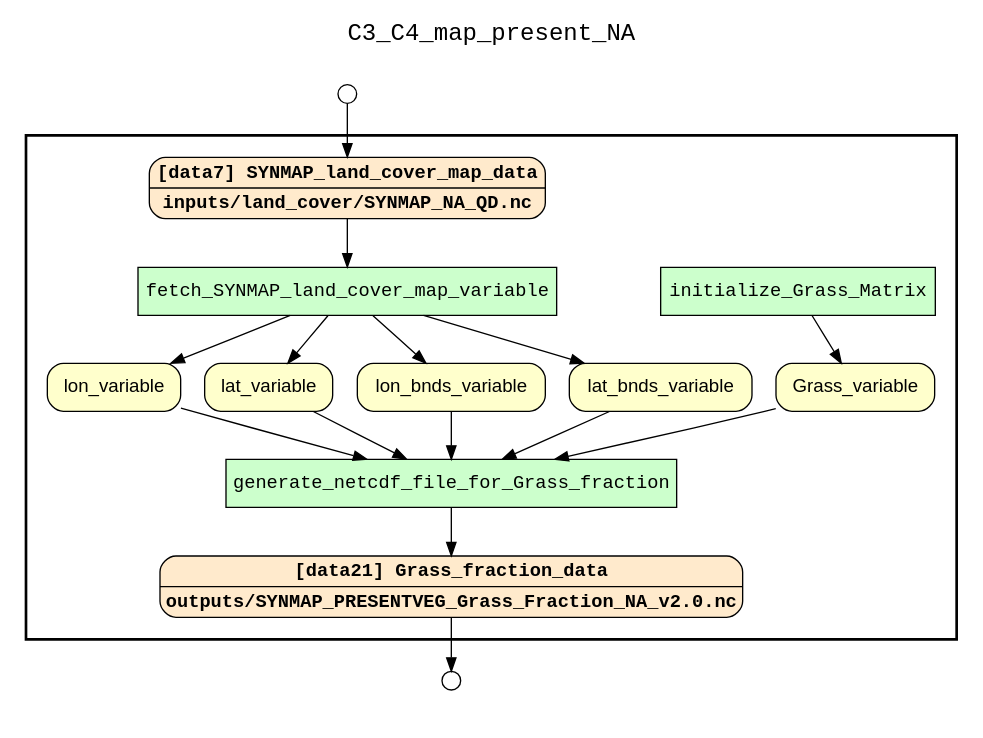
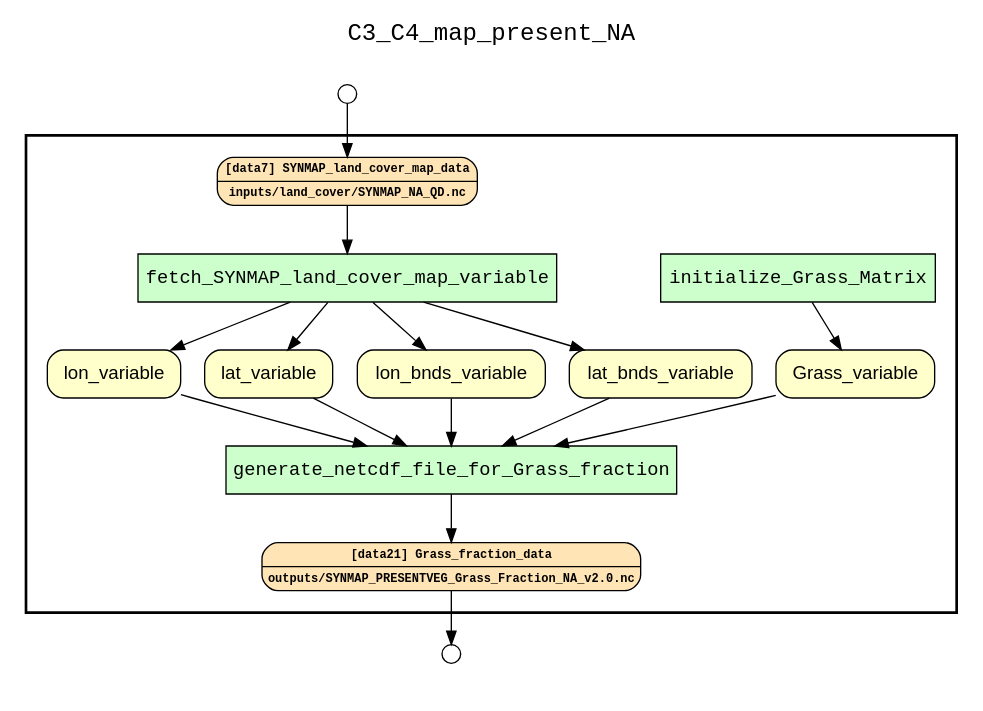
Before and after one commit to idaks/dataone-ahm-2016-poster: the diagram in examples/C3C4/results/wf_recon_upstream_of_Grass_fraction_data.gv, drawn with Graphviz. The commit also changed 4 other files, not shown here.

```diff
--- a/examples/C3C4/results/wf_recon_upstream_of_Grass_fraction_data.gv
+++ b/examples/C3C4/results/wf_recon_upstream_of_Grass_fraction_data.gv
@@ -1,51 +1,49 @@
 
 digraph yw_data_view {
 rankdir=TB
 fontname=Courier; fontsize=18; labelloc=t
 label="C3_C4_map_present_NA"
 subgraph cluster_workflow { label=""; color=black; penwidth=2
 subgraph cluster_workflow_inner { label=""; color=white
 node[shape=box style="filled" fillcolor="#CCFFCC" peripheries=1 fontname=Courier]
 initialize_Grass_Matrix
 fetch_SYNMAP_land_cover_map_variable
 generate_netcdf_file_for_Grass_fraction
 node[shape=box style="filled" fillcolor="#CCFFCC" peripheries=1 fontname=Courier]
 node[shape=box style="rounded,filled" fillcolor="#FFFFCC" peripheries=1 fontname=Helvetica]
 lon_variable
 lat_variable
 lon_bnds_variable
 lat_bnds_variable
 Grass_variable
-node[shape=box style="rounded,filled" fillcolor="#FFEACC" peripheries=1 fontname="Courier-Bold"]
-SYNMAP_land_cover_map_data[shape=record rankdir=LR label="{<f0> [data7] SYNMAP_land_cover_map_data |<f1>inputs/land_cover/SYNMAP_NA_QD.nc
-}"]
-node[shape=box style="rounded,filled" fillcolor="#FFEACC" peripheries=1 fontname="Courier-Bold"]
-Grass_fraction_data[shape=record rankdir=LR label="{<f0> [data21] Grass_fraction_data |<f1>outputs/SYNMAP_PRESENTVEG_Grass_Fraction_NA_v2.0.nc
-}"]
+node[shape=box style="rounded,filled" fillcolor="#FFE4B5" peripheries=1 fontname="Courier-Bold" fontsize=9]
+SYNMAP_land_cover_map_data[shape=record rankdir=LR label="{<f0> [data7] SYNMAP_land_cover_map_data |<f1>inputs/land_cover/SYNMAP_NA_QD.nc\n}"]
+node[shape=box style="rounded,filled" fillcolor="#FFE4B5" peripheries=1 fontname="Courier-Bold" fontsize=9]
+Grass_fraction_data[shape=record rankdir=LR label="{<f0> [data21] Grass_fraction_data |<f1>outputs/SYNMAP_PRESENTVEG_Grass_Fraction_NA_v2.0.nc\n}"]
 node[shape=box style="rounded,filled" fillcolor="#FFFFFF" peripheries=1 fontname=Helvetica]
 }}
 subgraph cluster_inflows { label=""; color=white; penwidth=2
 subgraph cluster_inflows_inner { label=""; color=white
 node[shape=circle fillcolor="#FFFFFF" peripheries=1 width=0.2]
 SYNMAP_land_cover_map_data_inflow [label=""]
 }}
 subgraph cluster_outflows { label=""; color=white; penwidth=2
 subgraph cluster_outflows_inner { label=""; color=white
 node[shape=circle fillcolor="#FFFFFF" peripheries=1 width=0.2]
 Grass_fraction_data_outflow [label=""]
 }}
 Grass_variable -> generate_netcdf_file_for_Grass_fraction
 lat_bnds_variable -> generate_netcdf_file_for_Grass_fraction
 lon_bnds_variable -> generate_netcdf_file_for_Grass_fraction
 lat_variable -> generate_netcdf_file_for_Grass_fraction
 lon_variable -> generate_netcdf_file_for_Grass_fraction
 SYNMAP_land_cover_map_data -> fetch_SYNMAP_land_cover_map_variable
 fetch_SYNMAP_land_cover_map_variable -> lon_variable
 fetch_SYNMAP_land_cover_map_variable -> lat_variable
 fetch_SYNMAP_land_cover_map_variable -> lon_bnds_variable
 fetch_SYNMAP_land_cover_map_variable -> lat_bnds_variable
 initialize_Grass_Matrix -> Grass_variable
 generate_netcdf_file_for_Grass_fraction -> Grass_fraction_data
 SYNMAP_land_cover_map_data_inflow -> SYNMAP_land_cover_map_data
 Grass_fraction_data -> Grass_fraction_data_outflow
 }
```
